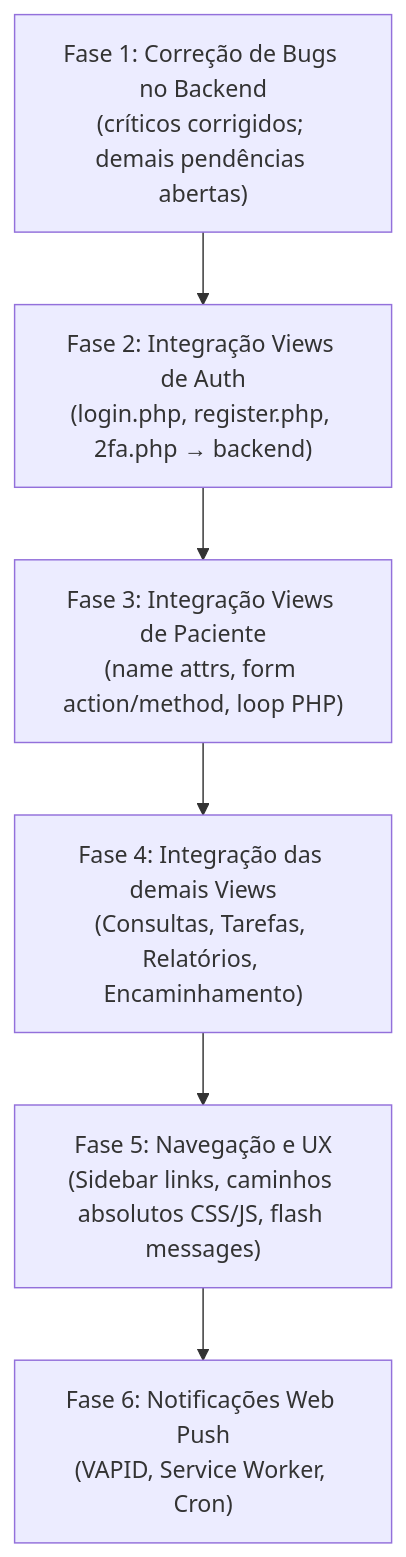
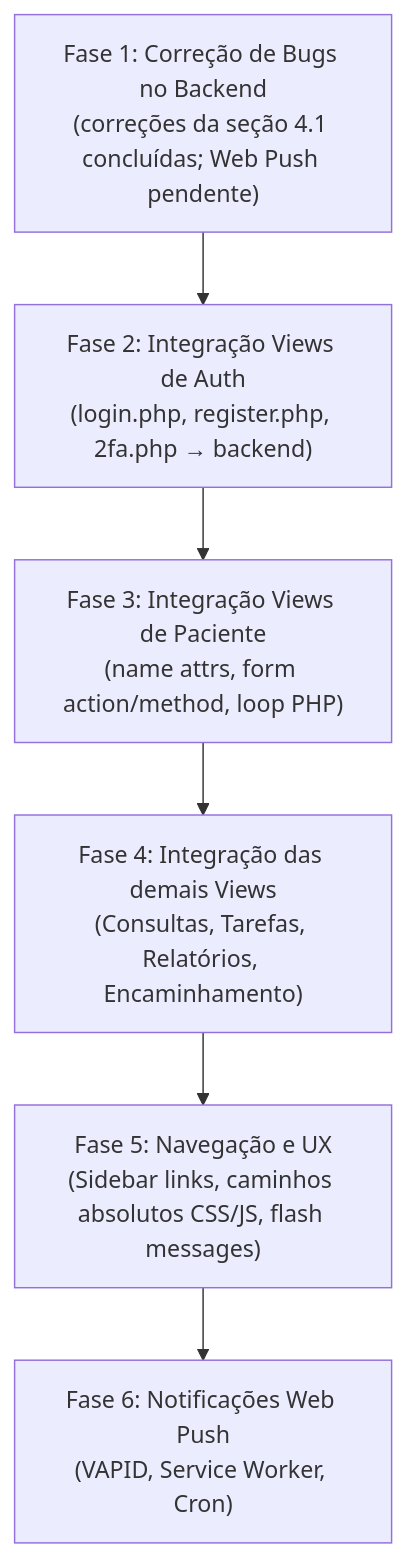
The diagram in analise-backend.md (Caio-Ferroni/clinica-marcelo-backend), drawn with Mermaid before and after one commit. The commit also changed other lines of this file and 10 other files, not shown here.

Commit message:
Corrige bugs criticos do backend citados no arquivo .md

````diff
--- a/analise-backend.md
+++ b/analise-backend.md
@@ -253,11 +267,11 @@
 ```mermaid
 flowchart TD
-    F1["Fase 1: Correção de Bugs no Backend\n(críticos corrigidos; demais pendências abertas)"]
+    F1["Fase 1: Correção de Bugs no Backend\n(correções da seção 4.1 concluídas; Web Push pendente)"]
     F2["Fase 2: Integração Views de Auth\n(login.php, register.php, 2fa.php → backend)"]
     F3["Fase 3: Integração Views de Paciente\n(name attrs, form action/method, loop PHP)"]
     F4["Fase 4: Integração das demais Views\n(Consultas, Tarefas, Relatórios, Encaminhamento)"]
     F5["Fase 5: Navegação e UX\n(Sidebar links, caminhos absolutos CSS/JS, flash messages)"]
     F6["Fase 6: Notificações Web Push\n(VAPID, Service Worker, Cron)"]
 
     F1 --> F2 --> F3 --> F4 --> F5 --> F6
 ```
````
